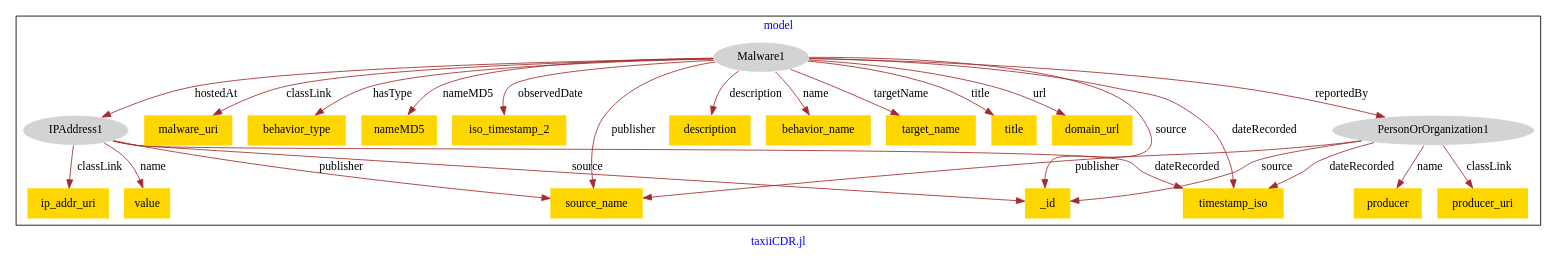
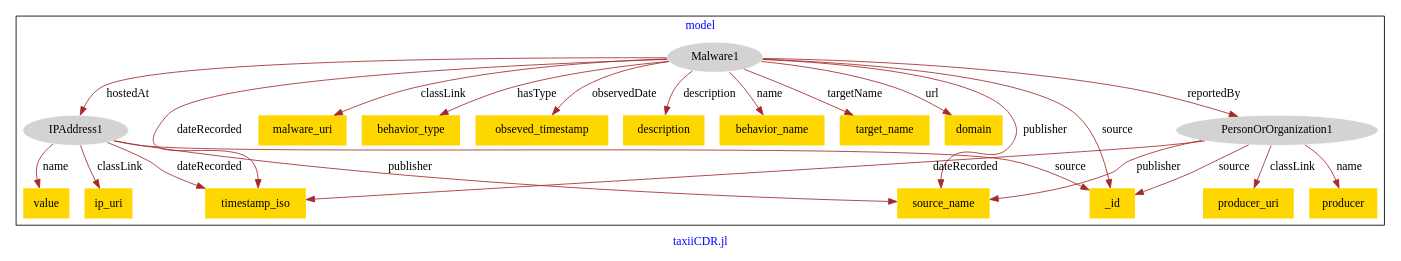
The diagram in models/hg-taxii/hg_taxii-model.dot (usc-isi-i2/effect-alignment), drawn with Graphviz before and after one commit.

Commit message:
Update file hg_taxii-model.dot

```diff
--- a/models/hg-taxii/hg_taxii-model.dot
+++ b/models/hg-taxii/hg_taxii-model.dot
@@ -1,51 +1,47 @@
 digraph n0 {
 fontcolor="blue"
 remincross="true"
 label="taxiiCDR.jl"
 subgraph cluster {
 label="model"
 n2[style="filled",color="white",fillcolor="lightgray",label="IPAddress1"];
-n3[shape="plaintext",style="filled",fillcolor="gold",label="ip_addr_uri"];
-n4[shape="plaintext",style="filled",fillcolor="gold",label="value"];
-n5[style="filled",color="white",fillcolor="lightgray",label="Malware1"];
-n6[shape="plaintext",style="filled",fillcolor="gold",label="malware_uri"];
-n7[shape="plaintext",style="filled",fillcolor="gold",label="behavior_type"];
-n8[shape="plaintext",style="filled",fillcolor="gold",label="nameMD5"];
-n9[shape="plaintext",style="filled",fillcolor="gold",label="iso_timestamp_2"];
-n10[style="filled",color="white",fillcolor="lightgray",label="PersonOrOrganization1"];
-n11[shape="plaintext",style="filled",fillcolor="gold",label="description"];
-n12[shape="plaintext",style="filled",fillcolor="gold",label="behavior_name"];
-n13[shape="plaintext",style="filled",fillcolor="gold",label="target_name"];
-n14[shape="plaintext",style="filled",fillcolor="gold",label="title"];
-n15[shape="plaintext",style="filled",fillcolor="gold",label="domain_url"];
-n16[shape="plaintext",style="filled",fillcolor="gold",label="producer_uri"];
-n17[shape="plaintext",style="filled",fillcolor="gold",label="timestamp_iso"];
-n18[shape="plaintext",style="filled",fillcolor="gold",label="producer"];
-n19[shape="plaintext",style="filled",fillcolor="gold",label="source_name"];
-n20[shape="plaintext",style="filled",fillcolor="gold",label="_id"];
+n3[shape="plaintext",style="filled",fillcolor="gold",label="ip_uri"];
+n4[shape="plaintext",style="filled",fillcolor="gold",label="timestamp_iso"];
+n5[shape="plaintext",style="filled",fillcolor="gold",label="value"];
+n6[style="filled",color="white",fillcolor="lightgray",label="Malware1"];
+n7[shape="plaintext",style="filled",fillcolor="gold",label="malware_uri"];
+n8[shape="plaintext",style="filled",fillcolor="gold",label="behavior_type"];
+n9[shape="plaintext",style="filled",fillcolor="gold",label="obseved_timestamp"];
+n10[shape="plaintext",style="filled",fillcolor="gold",label="description"];
+n11[shape="plaintext",style="filled",fillcolor="gold",label="behavior_name"];
+n12[shape="plaintext",style="filled",fillcolor="gold",label="target_name"];
+n13[shape="plaintext",style="filled",fillcolor="gold",label="domain"];
+n14[style="filled",color="white",fillcolor="lightgray",label="PersonOrOrganization1"];
+n15[shape="plaintext",style="filled",fillcolor="gold",label="producer_uri"];
+n16[shape="plaintext",style="filled",fillcolor="gold",label="producer"];
+n17[shape="plaintext",style="filled",fillcolor="gold",label="source_name"];
+n18[shape="plaintext",style="filled",fillcolor="gold",label="_id"];
 }
 n2 -> n3[color="brown",fontcolor="black",label="classLink"]
-n2 -> n4[color="brown",fontcolor="black",label="name"]
-n5 -> n6[color="brown",fontcolor="black",label="classLink"]
-n5 -> n7[color="brown",fontcolor="black",label="hasType"]
-n5 -> n2[color="brown",fontcolor="black",label="hostedAt"]
-n5 -> n8[color="brown",fontcolor="black",label="nameMD5"]
-n5 -> n9[color="brown",fontcolor="black",label="observedDate"]
-n5 -> n10[color="brown",fontcolor="black",label="reportedBy"]
-n5 -> n11[color="brown",fontcolor="black",label="description"]
-n5 -> n12[color="brown",fontcolor="black",label="name"]
-n5 -> n13[color="brown",fontcolor="black",label="targetName"]
-n5 -> n14[color="brown",fontcolor="black",label="title"]
-n5 -> n15[color="brown",fontcolor="black",label="url"]
-n10 -> n16[color="brown",fontcolor="black",label="classLink"]
-n10 -> n17[color="brown",fontcolor="black",label="dateRecorded"]
-n10 -> n18[color="brown",fontcolor="black",label="name"]
-n10 -> n19[color="brown",fontcolor="black",label="publisher"]
-n10 -> n20[color="brown",fontcolor="black",label="source"]
-n5 -> n19[color="brown",fontcolor="black",label="publisher"]
-n5 -> n17[color="brown",fontcolor="black",label="dateRecorded"]
-n2 -> n20[color="brown",fontcolor="black",label="source"]
-n2 -> n19[color="brown",fontcolor="black",label="publisher"]
-n2 -> n17[color="brown",fontcolor="black",label="dateRecorded"]
-n5 -> n20[color="brown",fontcolor="black",label="source"]
+n2 -> n4[color="brown",fontcolor="black",label="dateRecorded"]
+n2 -> n5[color="brown",fontcolor="black",label="name"]
+n6 -> n7[color="brown",fontcolor="black",label="classLink"]
+n6 -> n4[color="brown",fontcolor="black",label="dateRecorded"]
+n6 -> n8[color="brown",fontcolor="black",label="hasType"]
+n6 -> n9[color="brown",fontcolor="black",label="observedDate"]
+n6 -> n10[color="brown",fontcolor="black",label="description"]
+n6 -> n11[color="brown",fontcolor="black",label="name"]
+n6 -> n12[color="brown",fontcolor="black",label="targetName"]
+n6 -> n13[color="brown",fontcolor="black",label="url"]
+n14 -> n15[color="brown",fontcolor="black",label="classLink"]
+n14 -> n4[color="brown",fontcolor="black",label="dateRecorded"]
+n14 -> n16[color="brown",fontcolor="black",label="name"]
+n14 -> n17[color="brown",fontcolor="black",label="publisher"]
+n14 -> n18[color="brown",fontcolor="black",label="source"]
+n2 -> n17[color="brown",fontcolor="black",label="publisher"]
+n6 -> n14[color="brown",fontcolor="black",label="reportedBy"]
+n6 -> n18[color="brown",fontcolor="black",label="source"]
+n2 -> n18[color="brown",fontcolor="black",label="source"]
+n6 -> n2[color="brown",fontcolor="black",label="hostedAt"]
+n6 -> n17[color="brown",fontcolor="black",label="publisher"]
 }
```
